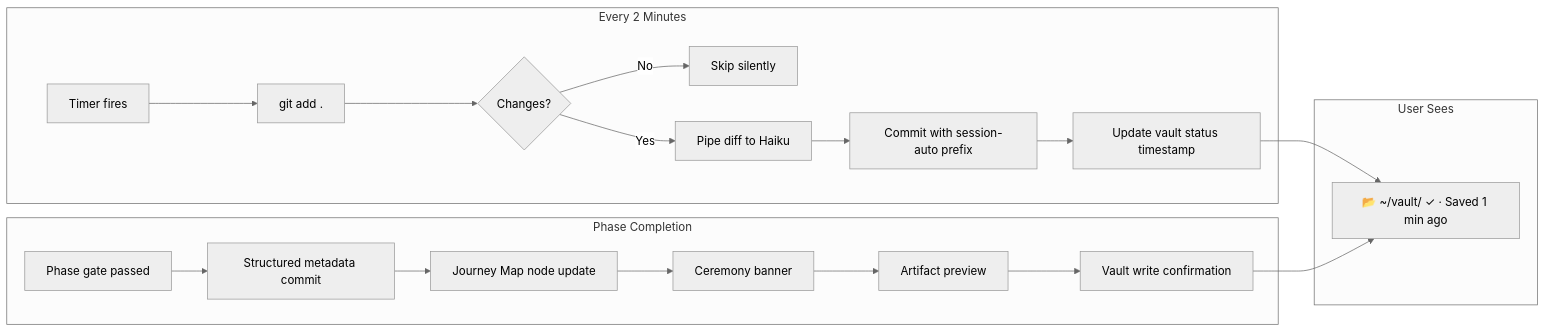
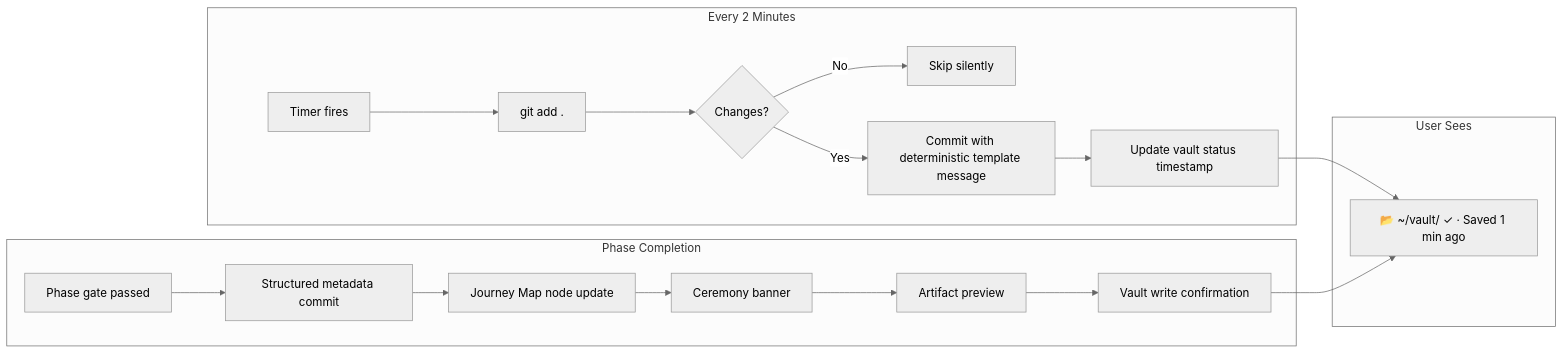
One commit to linusamcm-source/mad-frog changed the fifth of 12 diagrams in _bmad-output/planning-artifacts/ux-design-specification.md. Above: the diagram before and after it, drawn with Mermaid (neutral theme). The commit also changed other lines of this file and 4 other files, not shown here.

````diff
--- a/_bmad-output/planning-artifacts/ux-design-specification.md
+++ b/_bmad-output/planning-artifacts/ux-design-specification.md
@@ -1158,24 +1156,23 @@
 ```mermaid
 flowchart LR
     subgraph "Every 2 Minutes"
         T[Timer fires] --> G[git add .]
         G --> D{Changes?}
         D -->|No| S[Skip silently]
-        D -->|Yes| H[Pipe diff to Haiku]
-        H --> C[Commit with session-auto prefix]
+        D -->|Yes| C[Commit with deterministic template message]
         C --> U[Update vault status timestamp]
     end
 
     subgraph "Phase Completion"
         PC[Phase gate passed] --> SM[Structured metadata commit]
         SM --> JM[Journey Map node update]
         JM --> CE[Ceremony banner]
         CE --> AP[Artifact preview]
         AP --> VW[Vault write confirmation]
     end
 
     subgraph "User Sees"
         U --> VS[📂 ~/vault/ ✓ · Saved 1 min ago]
         VW --> VS
     end
 ```
````
